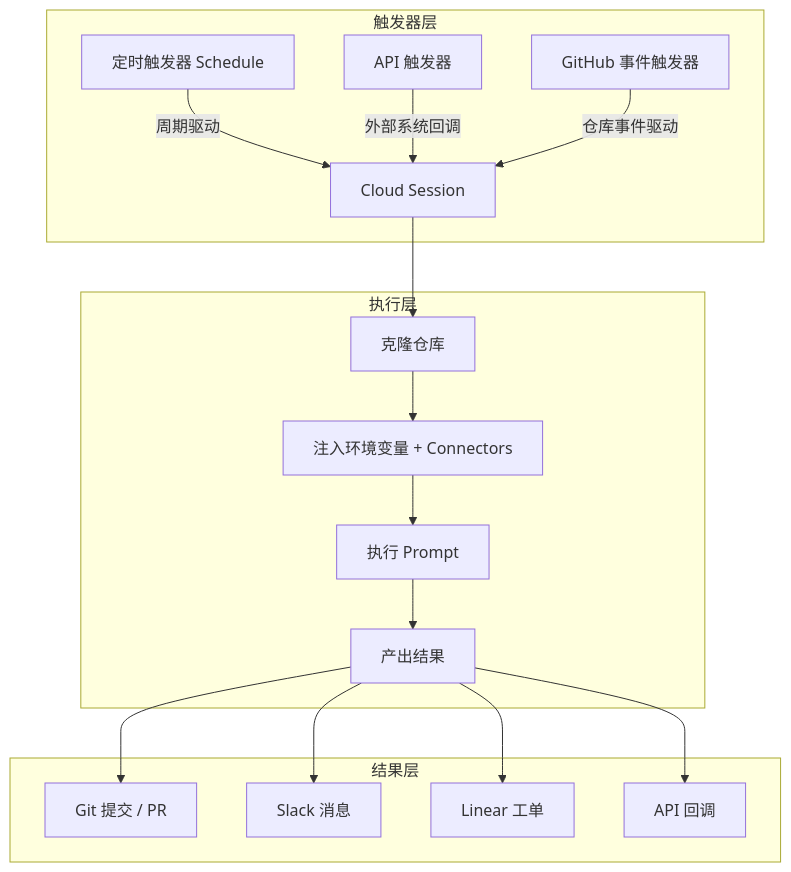
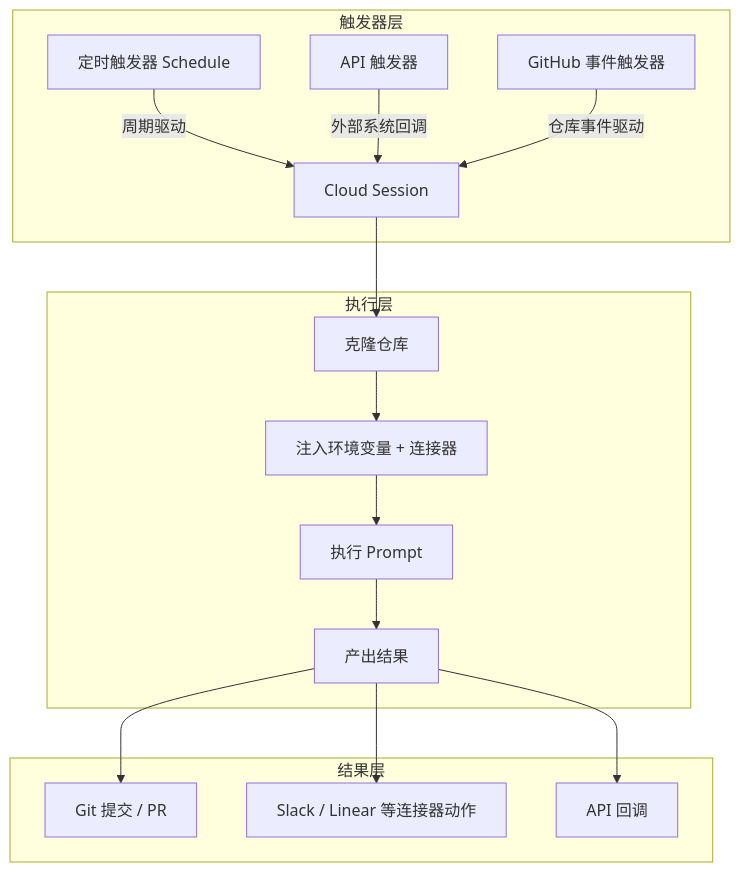
One commit to A1pha3/text-matrix changed the diagram in content/posts/tech/claude-code-routines-automation.md. Above: the diagram before and after it, drawn with Mermaid. The commit also changed other lines of this file and 18 other files, not shown here.

````diff
--- a/content/posts/tech/claude-code-routines-automation.md
+++ b/content/posts/tech/claude-code-routines-automation.md
@@ -56,22 +26,21 @@
 ```mermaid
 graph TD
     subgraph 触发器层
-        A[定时触发器 Schedule] --> |周期驱动| E[Cloud Session]
-        B[API 触发器] --> |外部系统回调| E
-        C[GitHub 事件触发器] --> |仓库事件驱动| E
+        A[定时触发器 Schedule] -->|周期驱动| E[Cloud Session]
+        B[API 触发器] -->|外部系统回调| E
+        C[GitHub 事件触发器] -->|仓库事件驱动| E
     end
 
     subgraph 执行层
         E --> F[克隆仓库]
-        F --> G[注入环境变量 + Connectors]
+        F --> G[注入环境变量 + 连接器]
         G --> H[执行 Prompt]
         H --> I[产出结果]
     end
 
     subgraph 结果层
         I --> J[Git 提交 / PR]
-        I --> K[Slack 消息]
-        I --> L[Linear 工单]
-        I --> M[API 回调]
+        I --> K[Slack / Linear 等连接器动作]
+        I --> L[API 回调]
     end
 ```
````
